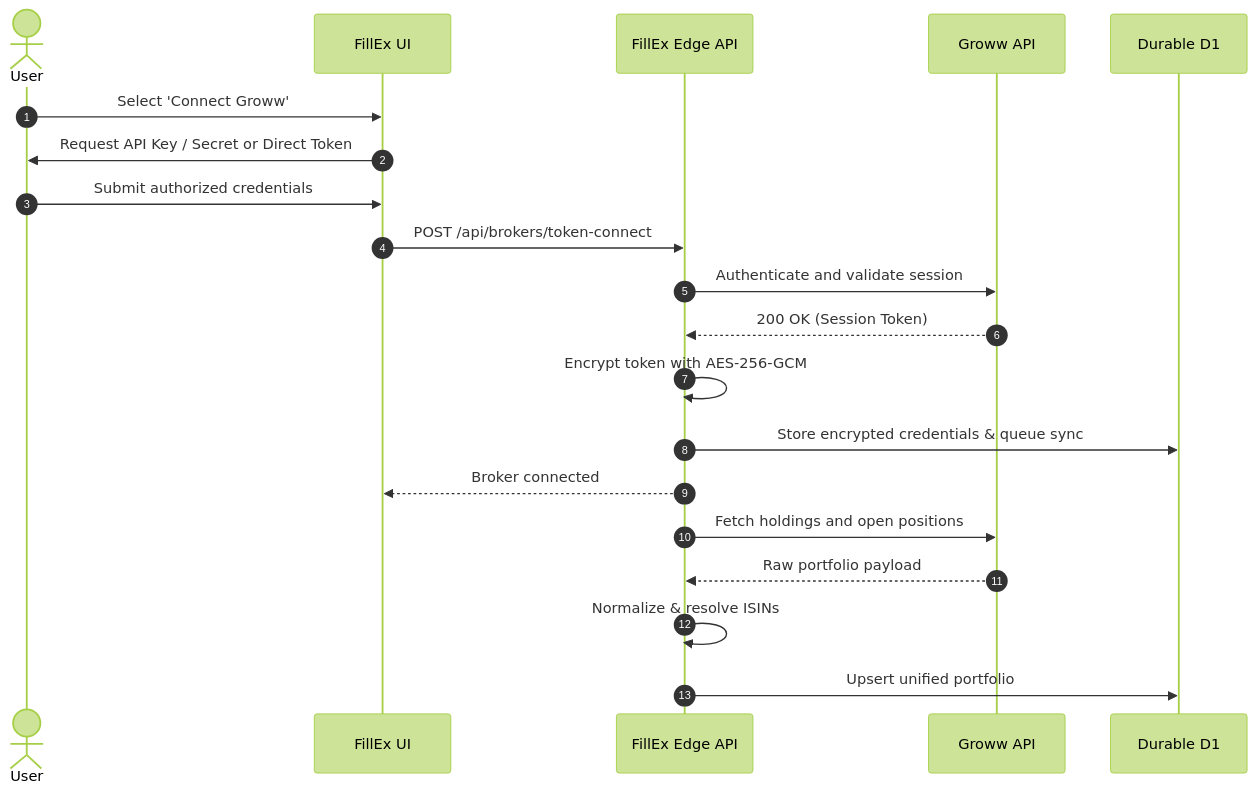
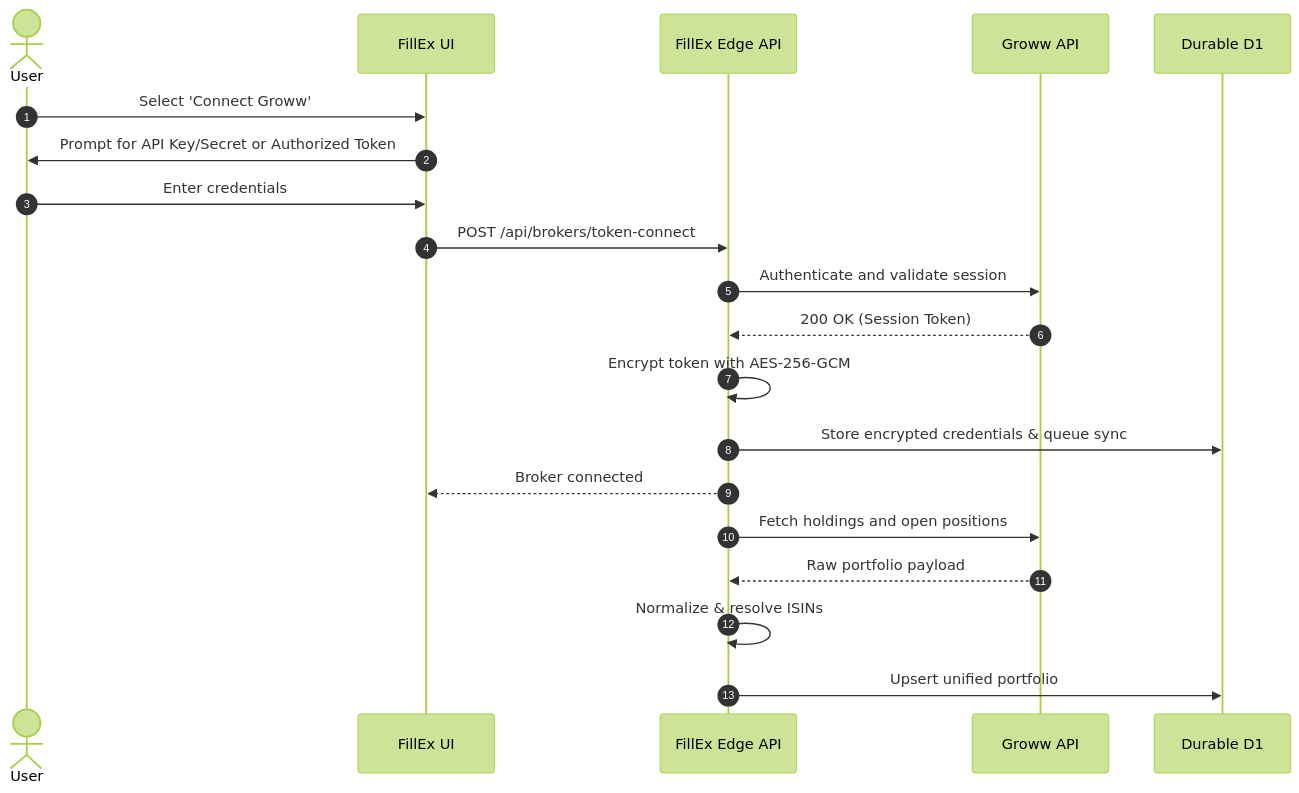
The fourth of 12 diagrams in README.md (abhivardhan20-coder/FillEx), drawn with Mermaid (forest theme) before and after one commit. The commit also changed other lines of this file, not shown here.

````diff
--- a/README.md
+++ b/README.md
@@ -271,23 +321,23 @@
 ```mermaid
 sequenceDiagram
     autonumber
     actor User
     participant App as FillEx UI
     participant Backend as FillEx Edge API
     participant Groww as Groww API
     participant DB as Durable D1
 
     User->>App: Select 'Connect Groww'
-    App->>User: Request API Key / Secret or Direct Token
-    User->>App: Submit authorized credentials
+    App->>User: Prompt for API Key/Secret or Authorized Token
+    User->>App: Enter credentials
     App->>Backend: POST /api/brokers/token-connect
     Backend->>Groww: Authenticate and validate session
     Groww-->>Backend: 200 OK (Session Token)
     Backend->>Backend: Encrypt token with AES-256-GCM
     Backend->>DB: Store encrypted credentials & queue sync
     Backend-->>App: Broker connected
     Backend->>Groww: Fetch holdings and open positions
     Groww-->>Backend: Raw portfolio payload
     Backend->>Backend: Normalize & resolve ISINs
     Backend->>DB: Upsert unified portfolio
 ```
````
